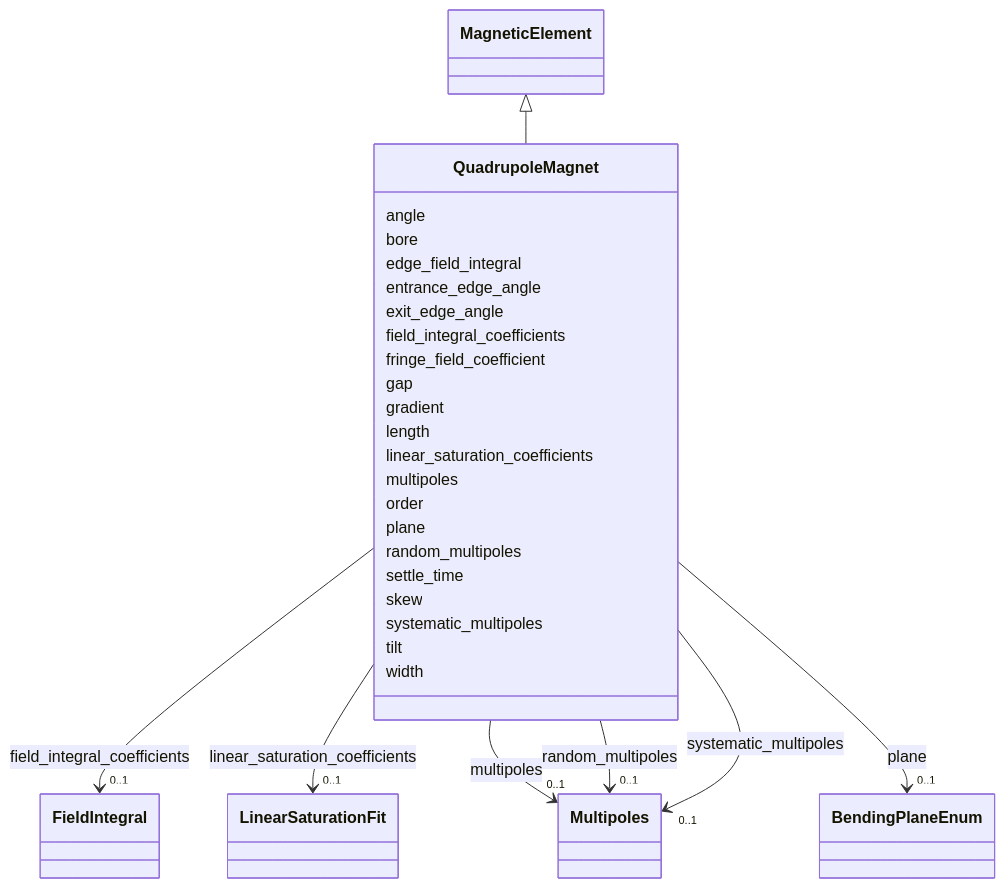
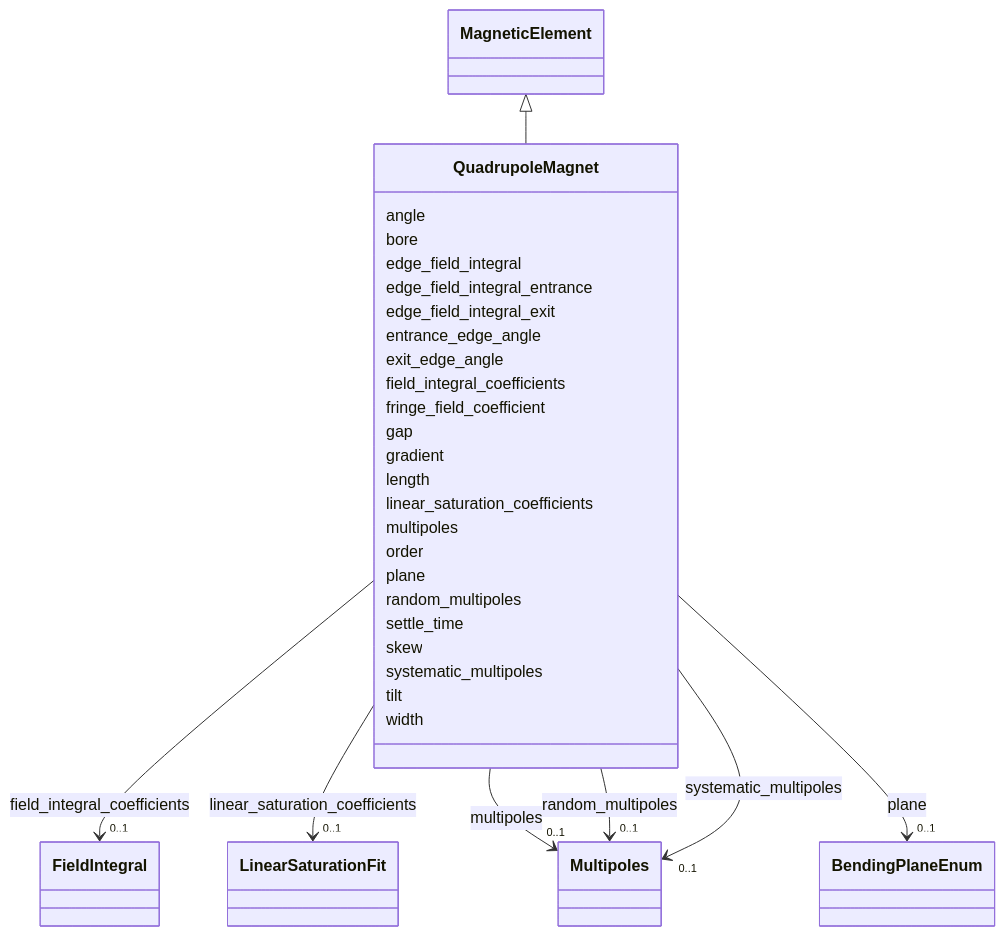
The diagram in docs/source/schema/QuadrupoleMagnet.md (astec-stfc/laura), drawn with Mermaid before and after one commit. The commit also changed other lines of this file and 292 other files, not shown here.

```diff
--- a/docs/source/schema/QuadrupoleMagnet.md
+++ b/docs/source/schema/QuadrupoleMagnet.md
@@ -22,6 +22,10 @@
       QuadrupoleMagnet : bore
         
       QuadrupoleMagnet : edge_field_integral
+        
+      QuadrupoleMagnet : edge_field_integral_entrance
+        
+      QuadrupoleMagnet : edge_field_integral_exit
         
       QuadrupoleMagnet : entrance_edge_angle
         
```
